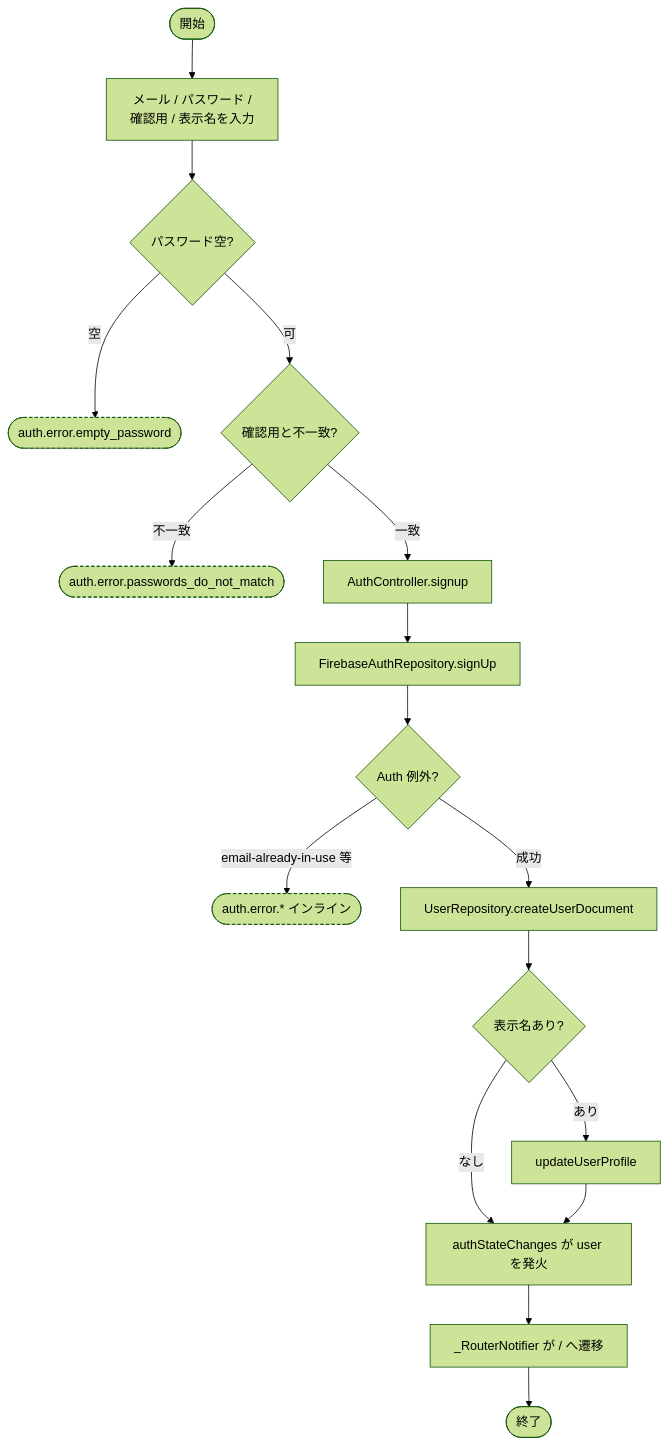
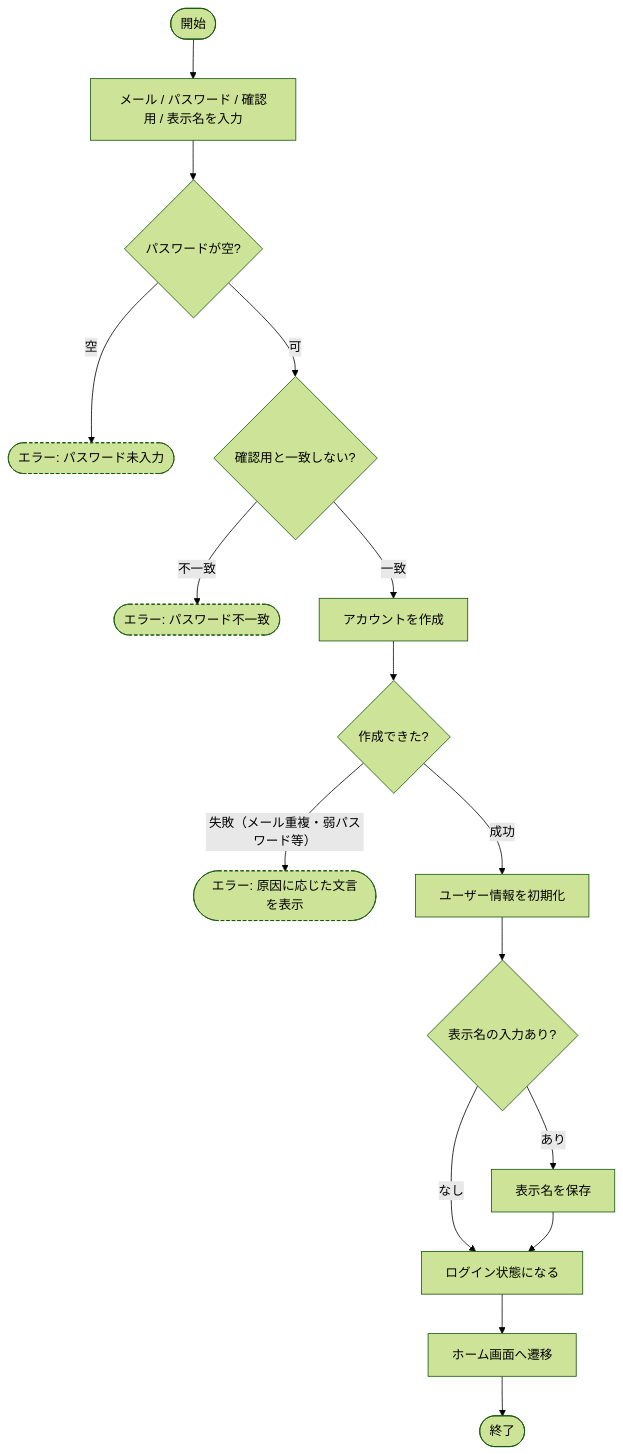
Before and after one commit to ekusy/shopping-list-app-flutter: the second of 28 diagrams in docs/内部設計/アクティビティ図.md, drawn with Mermaid (forest theme). The commit also changed other lines of this file, not shown here.

First line of the commit message:
docs: アクティビティ図を処理の流れ・分岐の説明に集中させて改稿

````diff
--- a/docs/内部設計/アクティビティ図.md
+++ b/docs/内部設計/アクティビティ図.md
@@ -36,20 +39,19 @@
 ```mermaid
 flowchart TD
-    S([開始]) --> IN[メール / パスワード /\n確認用 / 表示名を入力]
-    IN --> V1{パスワード空?}
-    V1 -->|空| E1([auth.error.empty_password]):::err
-    V1 -->|可| V2{確認用と不一致?}
-    V2 -->|不一致| E2([auth.error.passwords_do_not_match]):::err
-    V2 -->|一致| C[AuthController.signup]
-    C --> SU[FirebaseAuthRepository.signUp]
-    SU --> SUQ{Auth 例外?}
-    SUQ -->|email-already-in-use 等| E3([auth.error.* インライン]):::err
-    SUQ -->|成功| DOC[UserRepository.createUserDocument]
-    DOC --> DN{表示名あり?}
-    DN -->|あり| UP[updateUserProfile]
-    DN -->|なし| OK
-    UP --> OK[authStateChanges が user を発火]
-    OK --> RT[_RouterNotifier が / へ遷移]
+    S([開始]) --> IN[メール / パスワード / 確認用 / 表示名を入力]
+    IN --> V1{パスワードが空?}
+    V1 -->|空| E1([エラー: パスワード未入力]):::err
+    V1 -->|可| V2{確認用と一致しない?}
+    V2 -->|不一致| E2([エラー: パスワード不一致]):::err
+    V2 -->|一致| SU[アカウントを作成]
+    SU --> SUQ{作成できた?}
+    SUQ -->|失敗（メール重複・弱パスワード等）| E3([エラー: 原因に応じた文言を表示]):::err
+    SUQ -->|成功| DOC[ユーザー情報を初期化]
+    DOC --> DN{表示名の入力あり?}
+    DN -->|あり| UP[表示名を保存]
+    DN -->|なし| OK[ログイン状態になる]
+    UP --> OK
+    OK --> RT[ホーム画面へ遷移]
     RT --> E([終了])
     classDef err stroke-dasharray: 4 3
 ```
````
